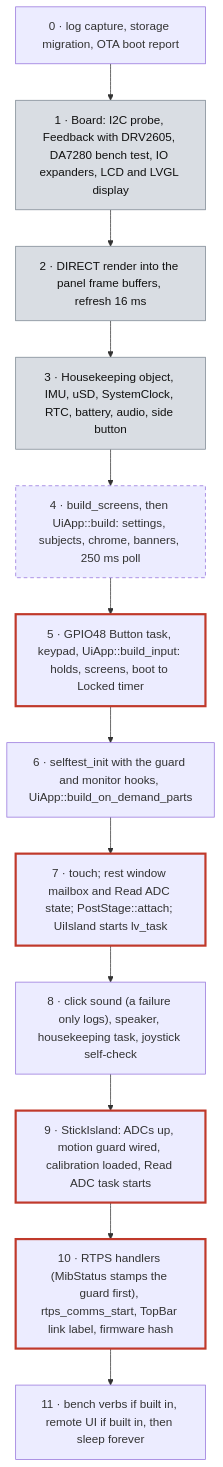
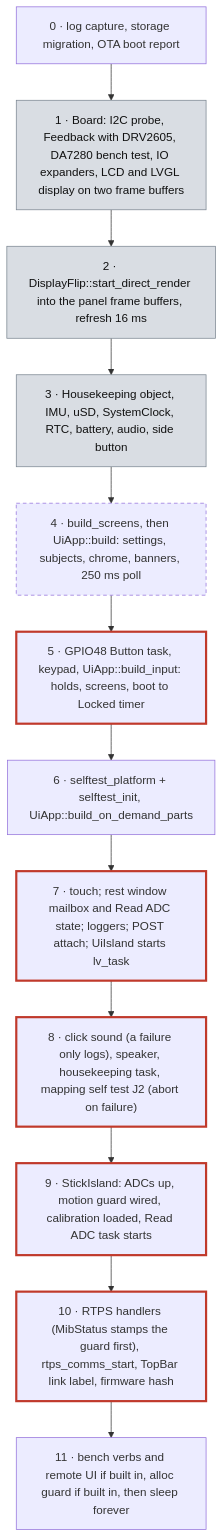
One commit to rammp-org/pace-hmi-fw changed the second of 8 diagrams in docs/how-the-firmware-works.md. Above: the diagram before and after it, drawn with Mermaid. The commit also changed other lines of this file and 7 other files, not shown here.

````diff
--- a/docs/how-the-firmware-works.md
+++ b/docs/how-the-firmware-works.md
@@ -238,19 +310,19 @@
 ```mermaid
 flowchart TD
   p0["0 · log capture, storage migration, OTA boot report"]
-  p1["1 · Board: I2C probe, Feedback with DRV2605, DA7280 bench test, IO expanders, LCD and LVGL display"]:::hw
-  p2["2 · DIRECT render into the panel frame buffers, refresh 16 ms"]:::hw
+  p1["1 · Board: I2C probe, Feedback with DRV2605, DA7280 bench test, IO expanders, LCD and LVGL display on two frame buffers"]:::hw
+  p2["2 · DisplayFlip::start_direct_render into the panel frame buffers, refresh 16 ms"]:::hw
   p3["3 · Housekeeping object, IMU, uSD, SystemClock, RTC, battery, audio, side button"]:::hw
   p4["4 · build_screens, then UiApp::build: settings, subjects, chrome, banners, 250 ms poll"]:::gen
   p5["5 · GPIO48 Button task, keypad, UiApp::build_input: holds, screens, boot to Locked timer"]:::safety
-  p6["6 · selftest_init with the guard and monitor hooks, UiApp::build_on_demand_parts"]
-  p7["7 · touch; rest window mailbox and Read ADC state; PostStage::attach; UiIsland starts lv_task"]:::safety
-  p8["8 · click sound (a failure only logs), speaker, housekeeping task, joystick self-check"]
+  p6["6 · selftest_platform + selftest_init, UiApp::build_on_demand_parts"]
+  p7["7 · touch; rest window mailbox and Read ADC state; loggers; POST attach; UiIsland starts lv_task"]:::safety
+  p8["8 · click sound (a failure only logs), speaker, housekeeping task, mapping self test J2 (abort on failure)"]:::safety
   p9["9 · StickIsland: ADCs up, motion guard wired, calibration loaded, Read ADC task starts"]:::safety
   p10["10 · RTPS handlers (MibStatus stamps the guard first), rtps_comms_start, TopBar link label, firmware hash"]:::safety
-  p11["11 · bench verbs if built in, remote UI if built in, then sleep forever"]
+  p11["11 · bench verbs and remote UI if built in, alloc guard if built in, then sleep forever"]
   p0 --> p1 --> p2 --> p3 --> p4 --> p5 --> p6 --> p7 --> p8 --> p9 --> p10 --> p11
   classDef hw fill:#d9dde3,stroke:#7a8590,color:#111
   classDef safety stroke:#c0392b,stroke-width:3px
   classDef gen stroke-dasharray:5 4
 ```
````
